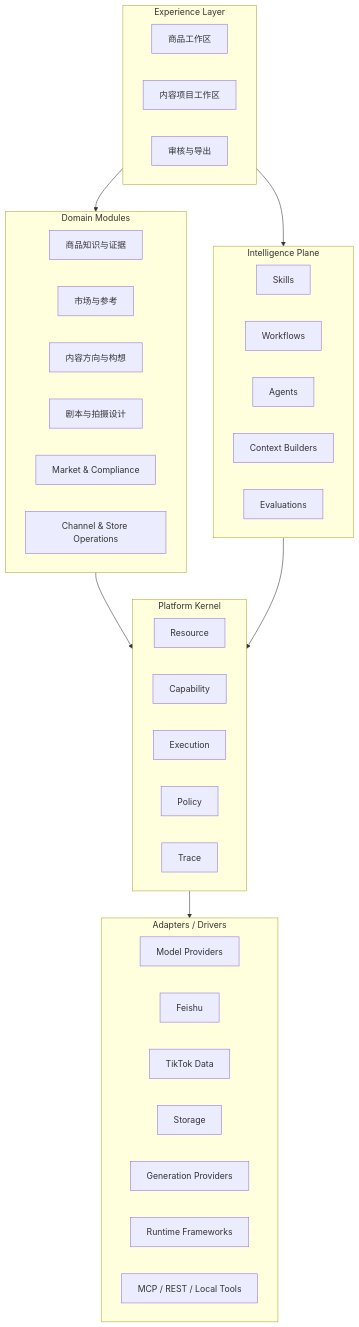
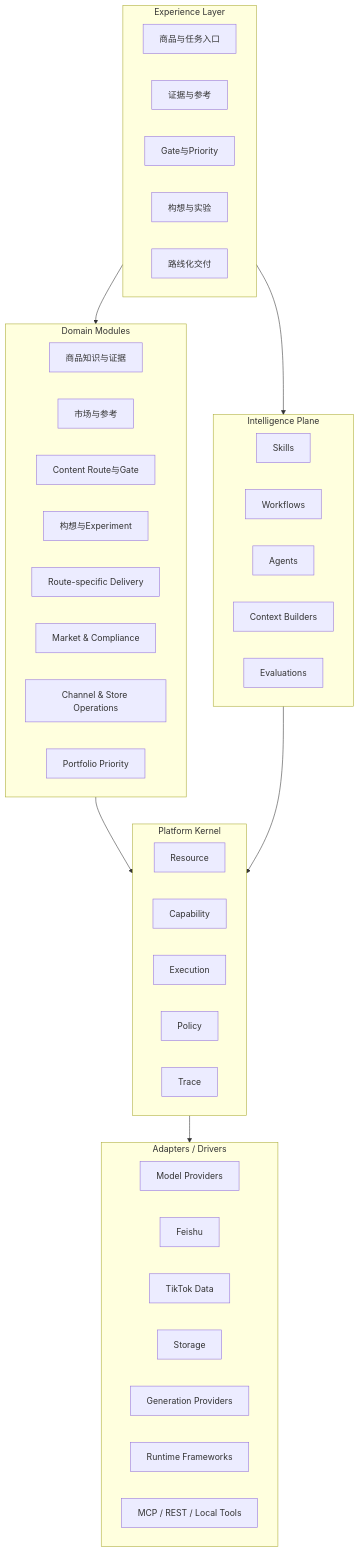
Before and after one commit to SONG-36/TK_Video_Intelligence_Workbench: the first of 2 diagrams in architecture/01_PLATFORM_ARCHITECTURE.md, drawn with Mermaid. The commit also changed other lines of this file and 8 other files, not shown here.

````diff
--- a/architecture/01_PLATFORM_ARCHITECTURE.md
+++ b/architecture/01_PLATFORM_ARCHITECTURE.md
@@ -31,49 +24,53 @@
 ```mermaid
 flowchart TB
     subgraph UX[Experience Layer]
-        U1[商品工作区]
-        U2[内容项目工作区]
-        U3[审核与导出]
+        U1[商品与任务入口]
+        U2[证据与参考]
+        U3[Gate与Priority]
+        U4[构想与实验]
+        U5[路线化交付]
     end
 
     subgraph DOMAIN[Domain Modules]
         D1[商品知识与证据]
         D2[市场与参考]
-        D3[内容方向与构想]
-        D4[剧本与拍摄设计]
-        D5[Market & Compliance]
-        D6[Channel & Store Operations]
+        D3[Content Route与Gate]
+        D4[构想与Experiment]
+        D5[Route-specific Delivery]
+        D6[Market & Compliance]
+        D7[Channel & Store Operations]
+        D8[Portfolio Priority]
     end
 
     subgraph INTEL[Intelligence Plane]
         I1[Skills]
         I2[Workflows]
         I3[Agents]
         I4[Context Builders]
         I5[Evaluations]
     end
 
     subgraph KERNEL[Platform Kernel]
         K1[Resource]
         K2[Capability]
         K3[Execution]
         K4[Policy]
         K5[Trace]
     end
 
     subgraph ADAPTERS[Adapters / Drivers]
         A1[Model Providers]
         A2[Feishu]
         A3[TikTok Data]
         A4[Storage]
         A5[Generation Providers]
         A6[Runtime Frameworks]
         A7[MCP / REST / Local Tools]
     end
 
     UX --> DOMAIN
     UX --> INTEL
     DOMAIN --> KERNEL
     INTEL --> KERNEL
     KERNEL --> ADAPTERS
 ```
````
